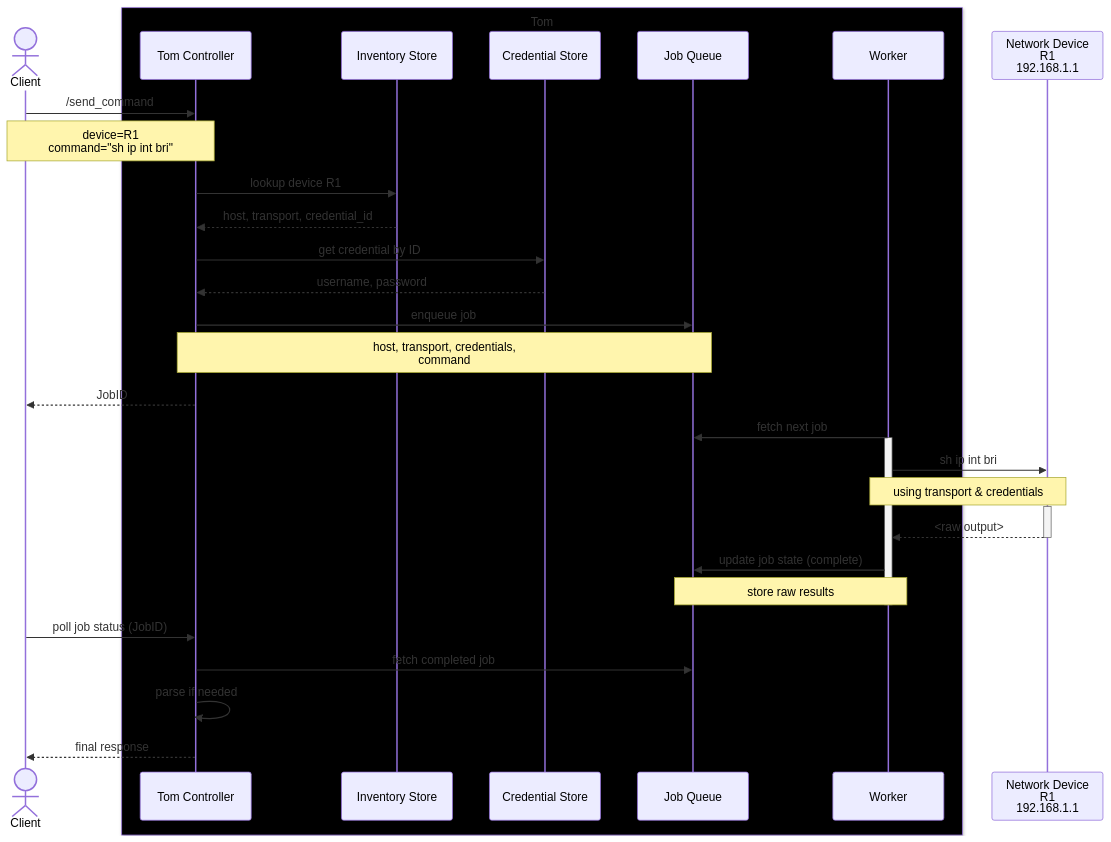
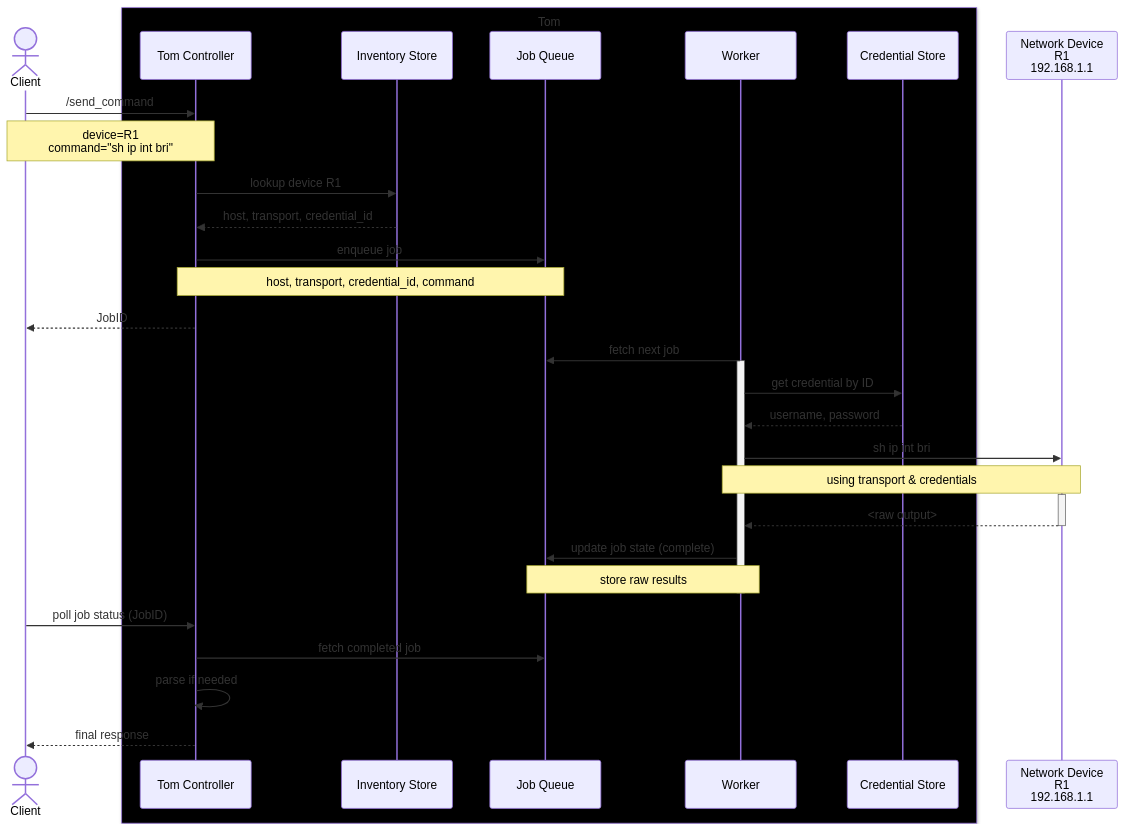
One commit to wrgeorge1983/Tom changed the diagram in docs/overal-sequence-detail.md. Above: the diagram before and after it, drawn with Mermaid. The commit also changed 1 other file, not shown here.

Commit message:
Add ROADMAP.md and update docs

````diff
--- a/docs/overal-sequence-detail.md
+++ b/docs/overal-sequence-detail.md
@@ -1,36 +1,36 @@
 ```mermaid
 sequenceDiagram
     actor C as Client 
     box Black Tom
     participant T as Tom Controller
     participant IS as Inventory Store
-    participant CS as Credential Store
     participant Q as Job Queue
     participant W as Worker
+    participant CS as Credential Store
     end
     participant D as Network Device<br/>R1<br/>192.168.1.1
         
     C ->> T: /send_command
         note over C,T: device=R1<br/>command="sh ip int bri"
     T ->> IS: lookup device R1
     IS -->> T: host, transport, credential_id
-    T ->> CS: get credential by ID
-    CS -->> T: username, password
     T ->> Q: enqueue job
-        note over T,Q: host, transport, credentials,<br/>command
+        note over T,Q: host, transport, credential_id, command
     T -->> C: JobID
     W ->> Q: fetch next job
     activate W
+    W ->> CS: get credential by ID
+    CS -->> W: username, password
     W ->> D: sh ip int bri
         note over W,D: using transport & credentials
     activate D
         D -->> W: <raw output>
     deactivate D
     W ->> Q: update job state (complete)
         note over W,Q: store raw results
     deactivate W
     C ->> T: poll job status (JobID)
     T ->> Q: fetch completed job
     T ->> T: parse if needed
     T -->> C: final response
 ```
````
